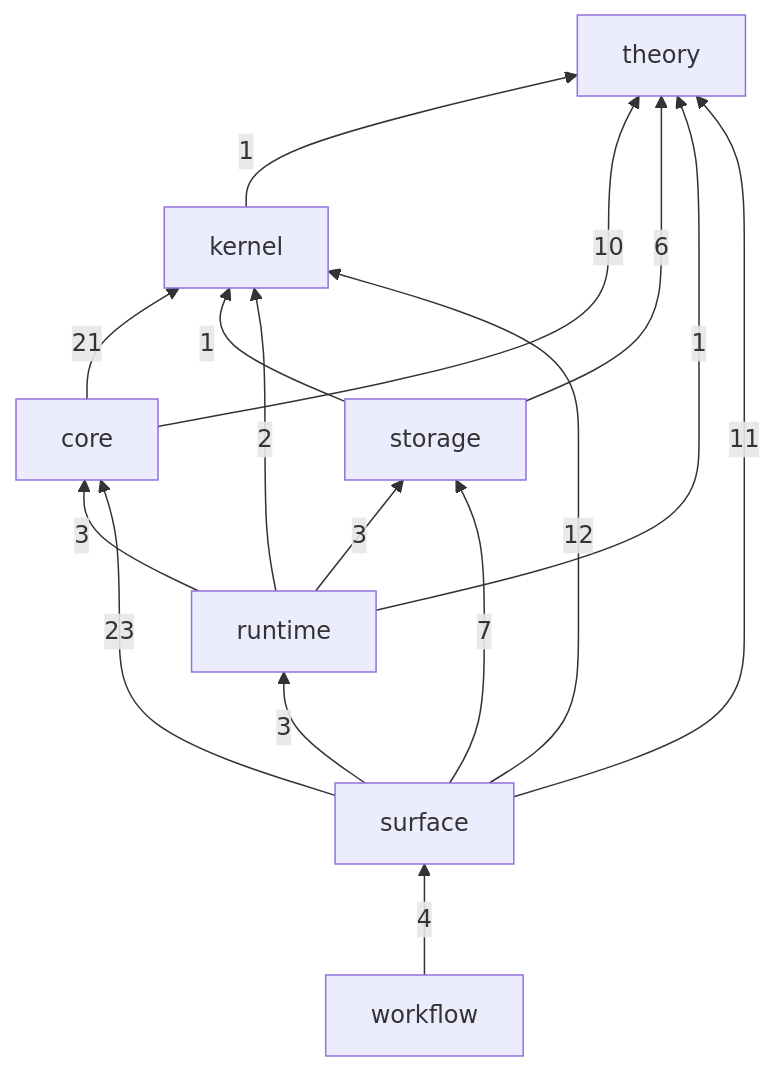
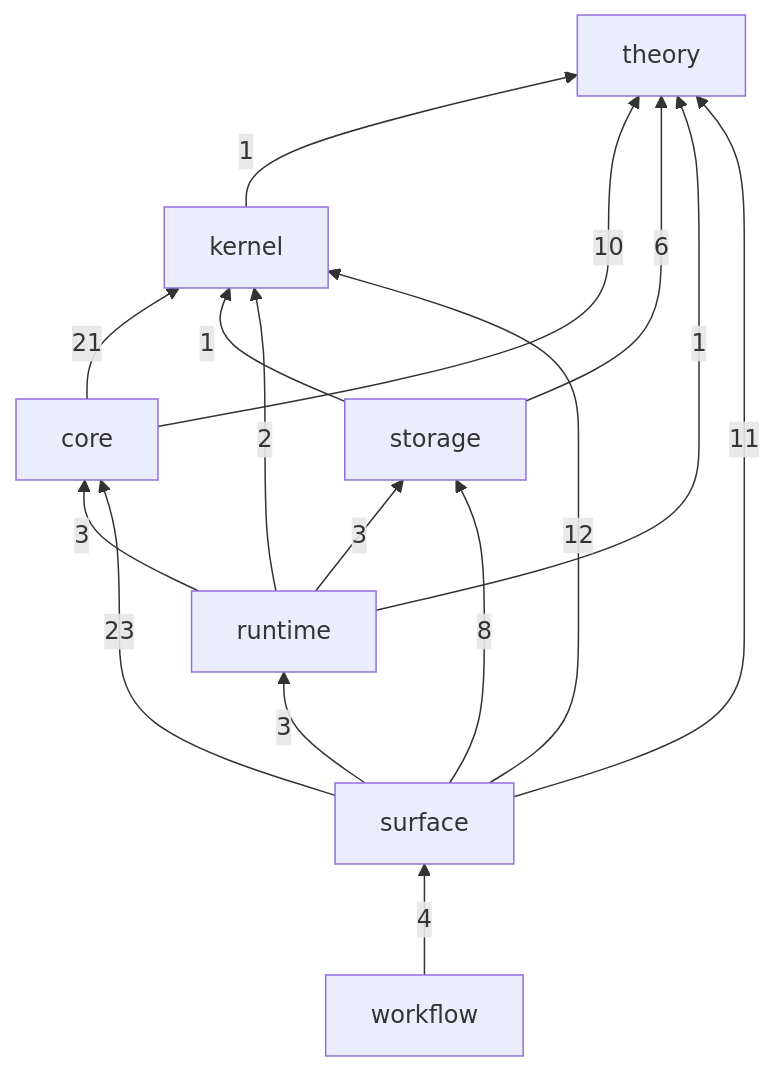
The first of 2 diagrams in crates/README.md (gandr-lang/gandr), drawn with Mermaid before and after one commit. The commit also changed 22 other files, not shown here.

````diff
--- a/crates/README.md
+++ b/crates/README.md
@@ -28,25 +28,25 @@
 ```mermaid
 flowchart BT
   theory
   kernel
   core
   storage
   runtime
   surface
   workflow
   kernel -->|1| theory
   core -->|10| theory
   core -->|21| kernel
   storage -->|6| theory
   storage -->|1| kernel
   runtime -->|1| theory
   runtime -->|2| kernel
   runtime -->|3| core
   runtime -->|3| storage
   surface -->|11| theory
   surface -->|12| kernel
   surface -->|23| core
-  surface -->|7| storage
+  surface -->|8| storage
   surface -->|3| runtime
   workflow -->|4| surface
 ```
````
